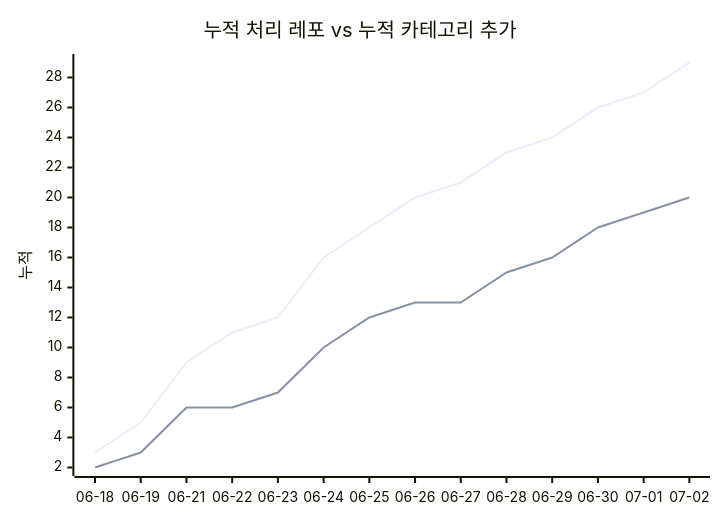
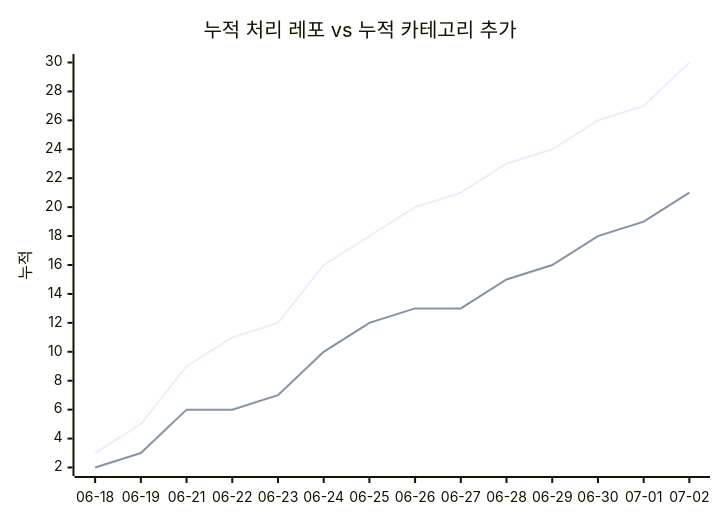
One commit to J-nowcow/awesome-korean-agent-skills changed the second of 2 diagrams in docs/trends.md. Above: the diagram before and after it, drawn with Mermaid. The commit also changed other lines of this file and 4 other files, not shown here.

````diff
--- a/docs/trends.md
+++ b/docs/trends.md
@@ -68,8 +68,8 @@
 ```mermaid
 xychart-beta
     title "누적 처리 레포 vs 누적 카테고리 추가"
     x-axis ["06-18","06-19","06-21","06-22","06-23","06-24","06-25","06-26","06-27","06-28","06-29","06-30","07-01","07-02"]
     y-axis "누적"
-    line [3,5,9,11,12,16,18,20,21,23,24,26,27,29]
-    line [2,3,6,6,7,10,12,13,13,15,16,18,19,20]
+    line [3,5,9,11,12,16,18,20,21,23,24,26,27,30]
+    line [2,3,6,6,7,10,12,13,13,15,16,18,19,21]
 ```
````
